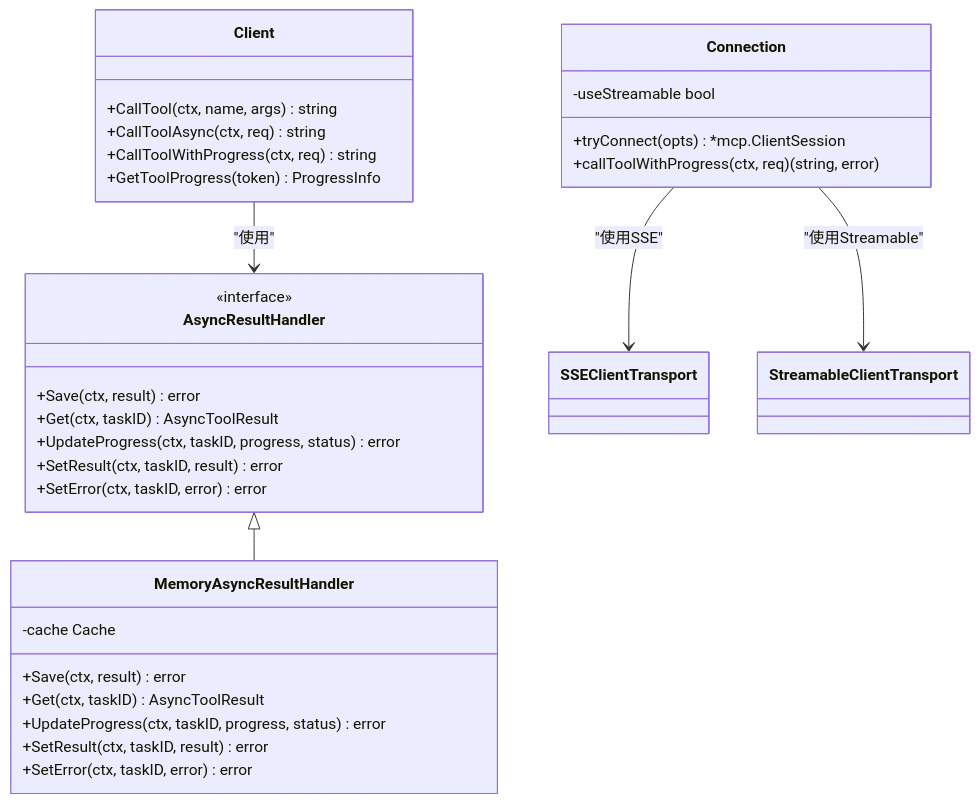
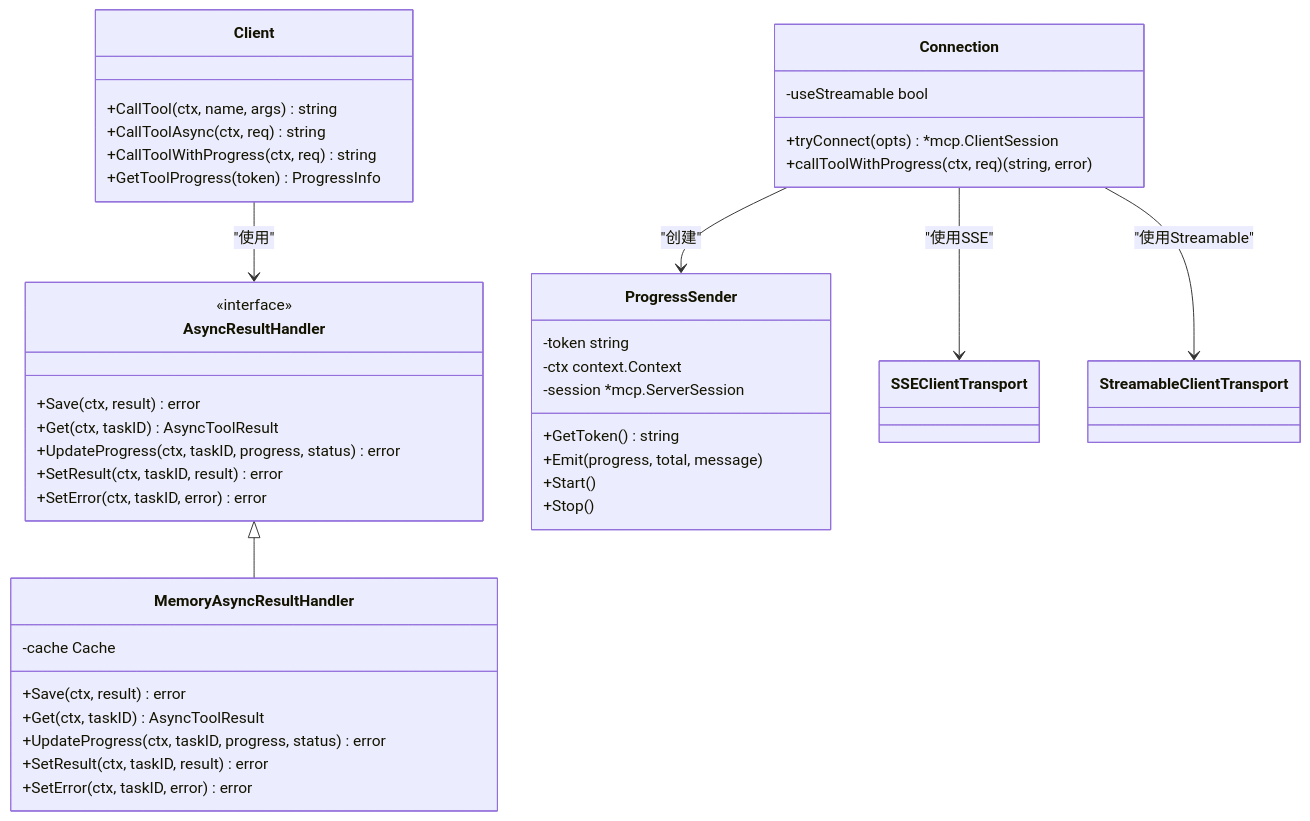
One commit to maomao94/zero-service changed diagram 15 of 29 in .qoder/repowiki/zh/content/AI聊天服务迁移指南.md. Above: the diagram before and after it, drawn with Mermaid. The commit also changed other lines of this file and 48 other files, not shown here.

````diff
--- a/.qoder/repowiki/zh/content/AI聊天服务迁移指南.md
+++ b/.qoder/repowiki/zh/content/AI聊天服务迁移指南.md
@@ -659,34 +734,44 @@
 ```mermaid
 classDiagram
 class Client {
 +CallTool(ctx, name, args) string
 +CallToolAsync(ctx, req) string
 +CallToolWithProgress(ctx, req) string
 +GetToolProgress(token) ProgressInfo
 }
 class AsyncResultHandler {
 <<interface>>
 +Save(ctx, result) error
 +Get(ctx, taskID) AsyncToolResult
 +UpdateProgress(ctx, taskID, progress, status) error
 +SetResult(ctx, taskID, result) error
 +SetError(ctx, taskID, error) error
 }
 class MemoryAsyncResultHandler {
 -cache Cache
 +Save(ctx, result) error
 +Get(ctx, taskID) AsyncToolResult
 +UpdateProgress(ctx, taskID, progress, status) error
 +SetResult(ctx, taskID, result) error
 +SetError(ctx, taskID, error) error
 }
 class Connection {
 -useStreamable bool
 +tryConnect(opts) *mcp.ClientSession
 +callToolWithProgress(ctx, req) (string, error)
 }
+class ProgressSender {
+-token string
+-ctx context.Context
+-session *mcp.ServerSession
++GetToken() string
++Emit(progress, total, message)
++Start()
++Stop()
+}
 Client --> AsyncResultHandler : "使用"
 AsyncResultHandler <|-- MemoryAsyncResultHandler
 Connection --> SSEClientTransport : "使用SSE"
 Connection --> StreamableClientTransport : "使用Streamable"
+Connection --> ProgressSender : "创建"
 ```
````
